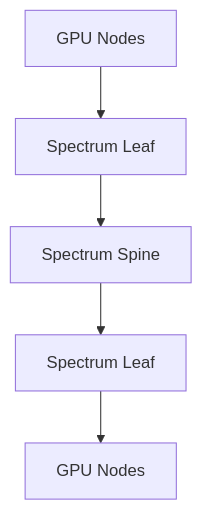
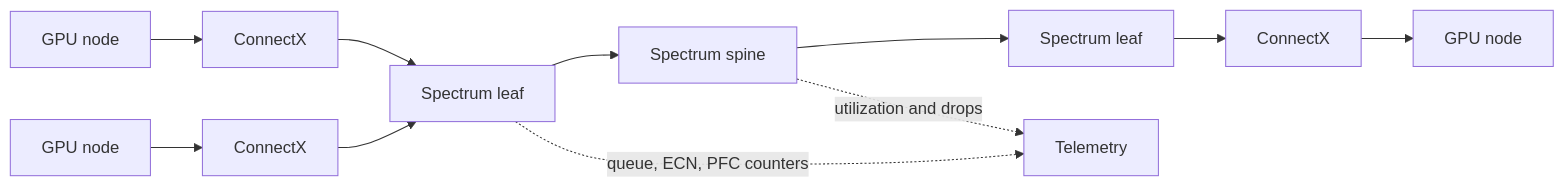
The first of 2 diagrams in docs/nvidia-zero-to-hero/volume-09/chapter-07-spectrum-switches-for-ai.md (jithinpnjm/nvidia-devops), drawn with Mermaid before and after one commit. The commit also changed other lines of this file and 2 other files, not shown here.

````diff
--- a/docs/nvidia-zero-to-hero/volume-09/chapter-07-spectrum-switches-for-ai.md
+++ b/docs/nvidia-zero-to-hero/volume-09/chapter-07-spectrum-switches-for-ai.md
@@ -18,9 +41,13 @@
 ```mermaid
-flowchart TD
-    Nodes[GPU Nodes]
-    Leaf[Spectrum Leaf]
-    Spine[Spectrum Spine]
-    Nodes --> Leaf --> Spine
-    Spine --> Leaf2[Spectrum Leaf]
-    Leaf2 --> Nodes2[GPU Nodes]
+flowchart LR
+    A[GPU node] --> CA[ConnectX]
+    B[GPU node] --> CB[ConnectX]
+    CA --> L1[Spectrum leaf]
+    CB --> L1
+    L1 --> S1[Spectrum spine]
+    S1 --> L2[Spectrum leaf]
+    L2 --> CC[ConnectX]
+    CC --> C[GPU node]
+    L1 -. queue, ECN, PFC counters .-> T[Telemetry]
+    S1 -. utilization and drops .-> T
 ```
````
